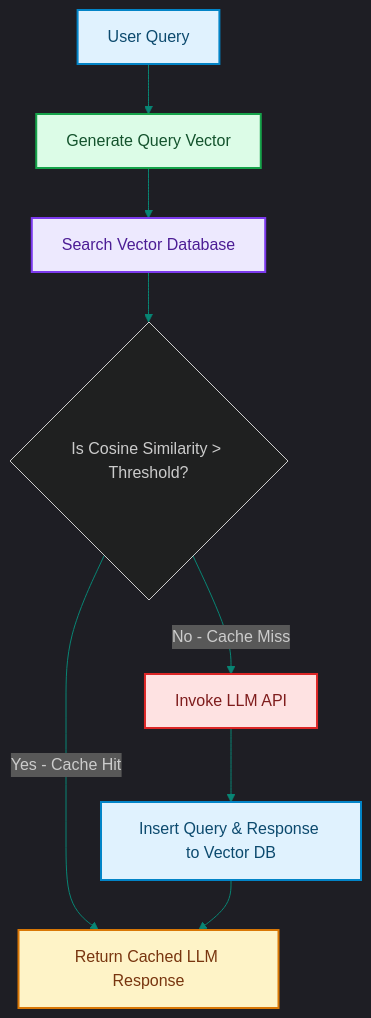
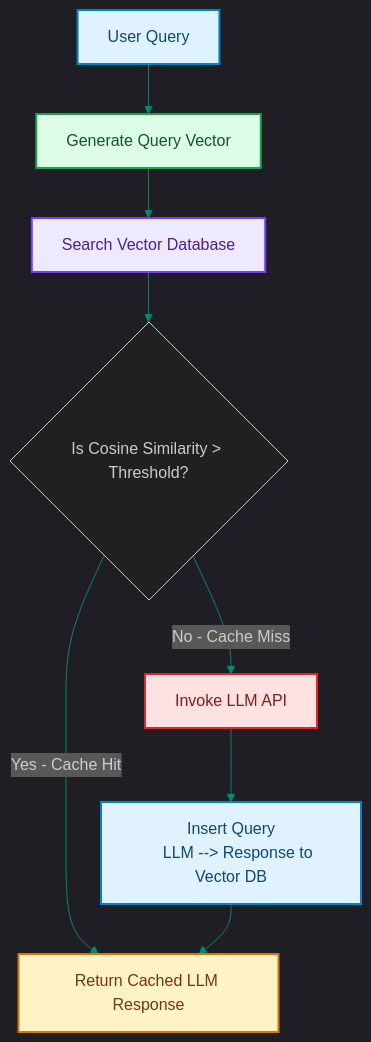
One commit to akmalkhaniub/akmalkhaniub.github.io changed the diagram in blog/posts/semantic-cache-layer-vector-db-redis.md. Above: the diagram before and after it, drawn with Mermaid. The commit also changed other lines of this file and 894 other files, not shown here.

Commit message:
feat(blog): upgrade all 444 posts with unique staggered dates, 2-col Mermaid spines, benchmark tables, code blocks, and trade-offs

````diff
--- a/blog/posts/semantic-cache-layer-vector-db-redis.md
+++ b/blog/posts/semantic-cache-layer-vector-db-redis.md
@@ -16,22 +16,23 @@
 ```mermaid
 %%{init: {'theme': 'dark', 'themeVariables': { 'primaryColor': '#088574', 'primaryTextColor': '#f3f4f6', 'primaryBorderColor': '#0db49b', 'lineColor': '#088574', 'secondaryColor': '#111827', 'tertiaryColor': '#0b0f19'}}}%%
 flowchart TD
     User["User Query"] --> Embed["Generate Query Vector"]
     Embed --> DBQuery["Search Vector Database"]
     DBQuery --> Match{Is Cosine Similarity > Threshold?}
     Match -->|Yes - Cache Hit| Return["Return Cached LLM Response"]
     Match -->|No - Cache Miss| LLM["Invoke LLM API"]
-    LLM --> WriteCache["Insert Query & Response to Vector DB"]
+    LLM --> WriteCache["Insert Query
+    LLM --> Response to Vector DB"]
     WriteCache --> Return
 
 classDef green fill:#dcfce7,stroke:#16a34a,stroke-width:2px,color:#14532d;
 classDef red fill:#fee2e2,stroke:#dc2626,stroke-width:2px,color:#7f1d1d;
 classDef blue fill:#e0f2fe,stroke:#0284c7,stroke-width:2px,color:#0c4a6e;
 classDef yellow fill:#fef3c7,stroke:#d97706,stroke-width:2px,color:#78350f;
 classDef purple fill:#ede9fe,stroke:#7c3aed,stroke-width:2px,color:#4c1d95;
 class User,WriteCache blue
 class Embed green
 class DBQuery purple
 class Return yellow
 class LLM red
 ```
````
